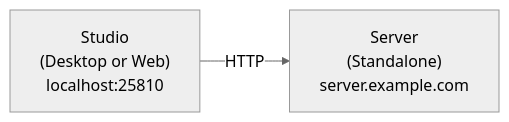
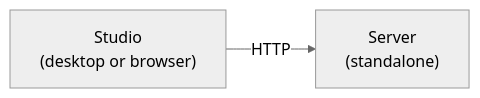
The second of 5 diagrams in docs/docs/developer/architecture/component-relationships.md (Sigilweaver/Loom), drawn with Mermaid (neutral theme) before and after one commit. The commit also changed other lines of this file and 5 other files, not shown here.

First line of the commit message:
docs(developer): correct architecture pages to match the code

````diff
--- a/docs/docs/developer/architecture/component-relationships.md
+++ b/docs/docs/developer/architecture/component-relationships.md
@@ -86,4 +60,4 @@
 ```mermaid
 flowchart LR
-    Studio["Studio<br/>(Desktop or Web)<br/>localhost:25810"] -->|HTTP| Server["Server<br/>(Standalone)<br/>server.example.com"]
+    Studio["Studio<br/>(desktop or browser)"] -->|HTTP| Server["Server<br/>(standalone)"]
 ```
````
